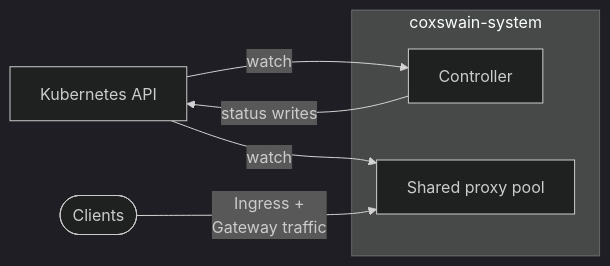
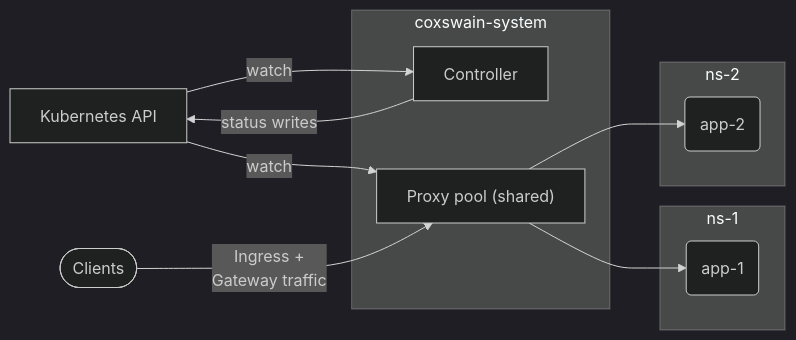
One commit to coxswain-labs/coxswain changed the second of 6 diagrams in docs/src/architecture.md. Above: the diagram before and after it, drawn with Mermaid (dark theme). The commit also changed other lines of this file and 4 other files, not shown here.

````diff
--- a/docs/src/architecture.md
+++ b/docs/src/architecture.md
@@ -62,15 +74,24 @@
 ```mermaid
 flowchart LR
     K8s[Kubernetes API]
 
     subgraph cs[coxswain-system]
         C[Controller]
-        SP[Shared proxy pool]
+        SP["Proxy pool (shared)"]
+    end
+
+    subgraph n1[ns-1]
+        A1(app-1)
+    end
+
+    subgraph n2[ns-2]
+        A2(app-2)
     end
 
     K8s -->|watch| C
     C -->|status writes| K8s
     K8s -->|watch| SP
 
     Clients([Clients]) -->|Ingress +\nGateway traffic| SP
+    SP --> A1 & A2
 ```
````
